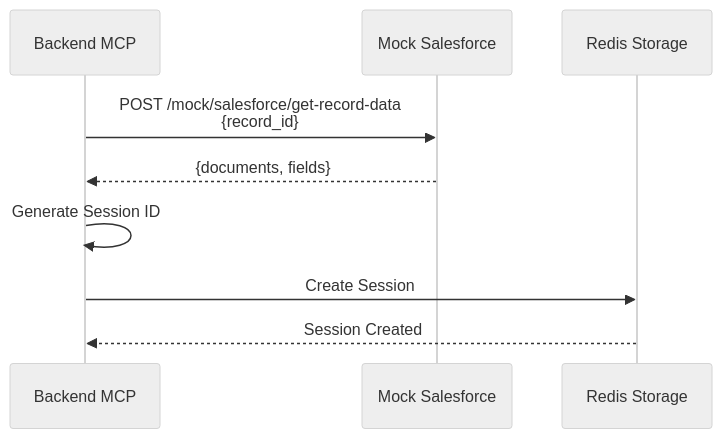
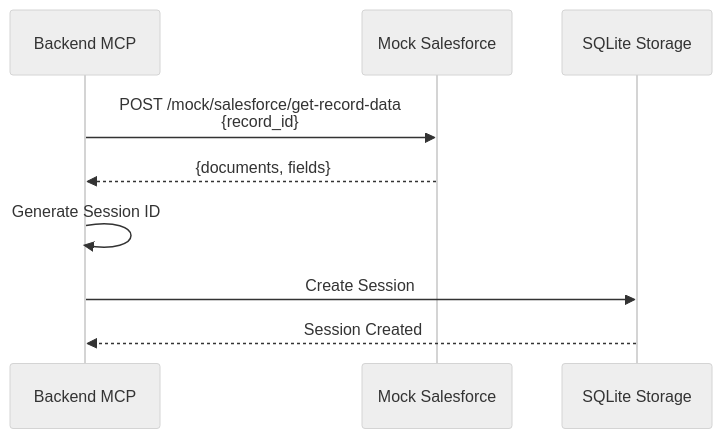
The third of 14 diagrams in docs/PIPELINE_FLOW.md (Yasser1AITLAZIZ/sfd-clm), drawn with Mermaid (neutral theme) before and after one commit. The commit also changed other lines of this file and 40 other files, not shown here.

````diff
--- a/docs/PIPELINE_FLOW.md
+++ b/docs/PIPELINE_FLOW.md
@@ -72,12 +72,12 @@
 ```mermaid
 sequenceDiagram
     participant MCP as Backend MCP
     participant MSF as Mock Salesforce
-    participant Redis as Redis Storage
+    participant SQLITE as SQLite Storage
     
     MCP->>MSF: POST /mock/salesforce/get-record-data<br/>{record_id}
     MSF-->>MCP: {documents, fields}
     MCP->>MCP: Generate Session ID
-    MCP->>Redis: Create Session
-    Redis-->>MCP: Session Created
+    MCP->>SQLITE: Create Session
+    SQLITE-->>MCP: Session Created
 ```
````
